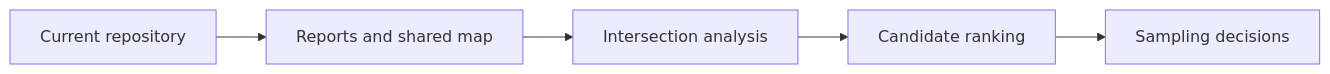
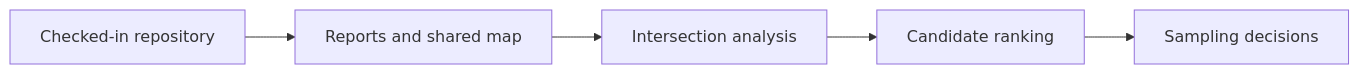
Before and after one commit to bijux/bijux-pollenomics: the diagram in docs/foundation/scope-and-non-goals.md, drawn with Mermaid. The commit also changed other lines of this file and 5 other files, not shown here.

````diff
--- a/docs/foundation/scope-and-non-goals.md
+++ b/docs/foundation/scope-and-non-goals.md
@@ -30,7 +30,7 @@
 ```mermaid
 flowchart LR
-    Today[Current repository] --> Reports[Reports and shared map]
+    Repository[Checked-in repository] --> Reports[Reports and shared map]
     Reports --> Next[Intersection analysis]
     Next --> Ranking[Candidate ranking]
     Ranking --> Fieldwork[Sampling decisions]
 ```
````
